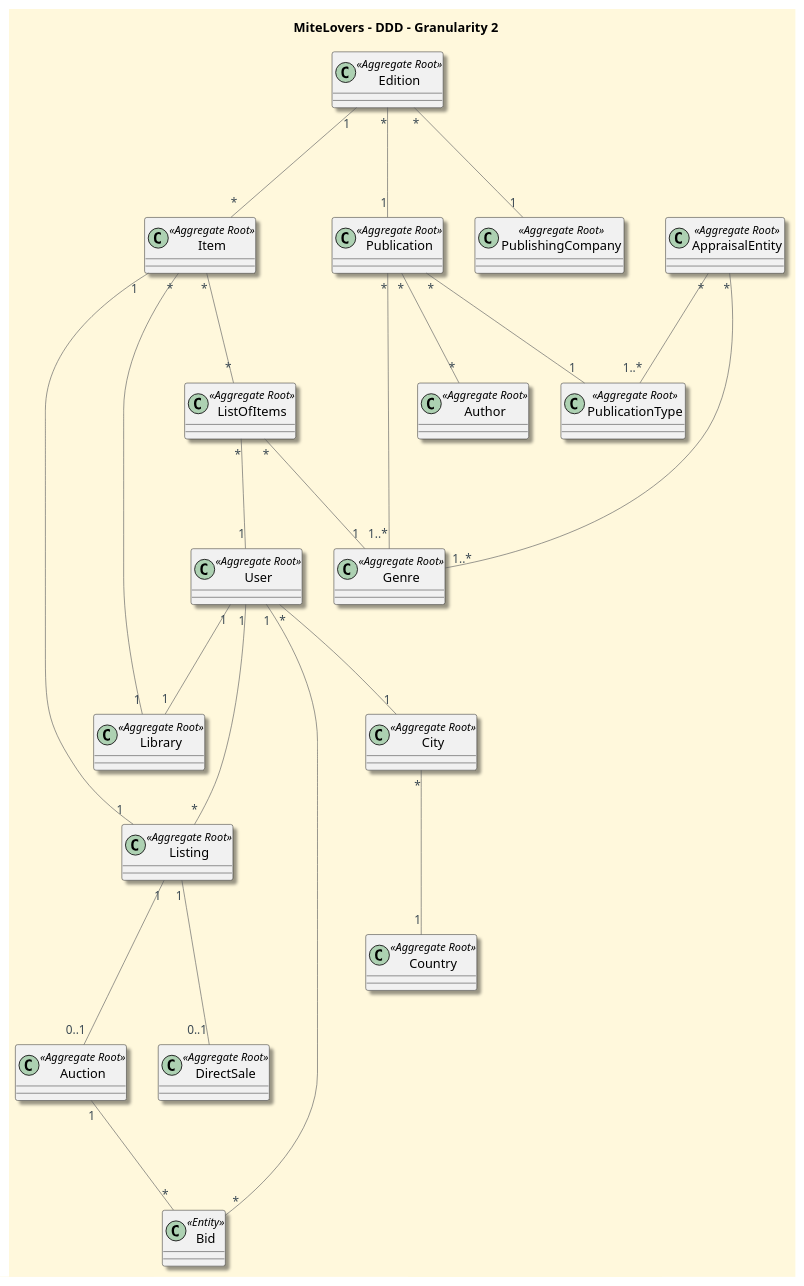
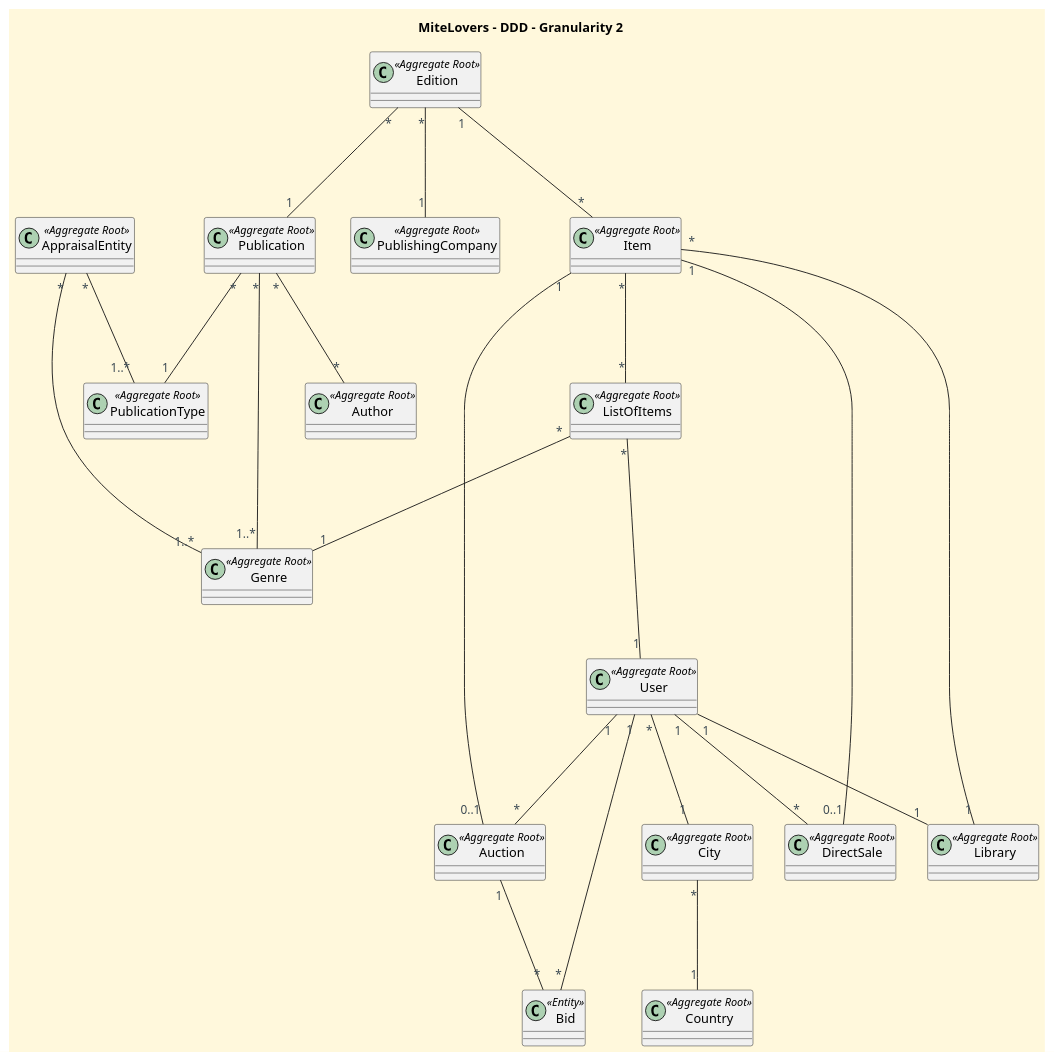
The diagram in docs/global-artifacts/DDD-G2.puml (CarolinaLeite-collab/JavaMarketplacePlatform), drawn with PlantUML before and after one commit. The commit also changed 2 other files, not shown here.

Commit message:
docs: DDD diagrams - fixes in the 3 levels of granularity, refs #448

```diff
--- a/docs/global-artifacts/DDD-G2.puml
+++ b/docs/global-artifacts/DDD-G2.puml
@@ -1,93 +1,94 @@
 @startuml
 'https://plantuml.com/class-diagram
 
 '==== Title ====
 title MiteLovers – DDD - Granularity 2
 top to bottom direction
 
 '==== basic style ====
 
 'hides unwanted text
 
 skinparam monochrome false
 
-skinparam shadowing true
+skinparam monochrome false
+skinparam shadowing false
 skinparam defaultFontName Futura
 skinparam objectFontSize 20
 skinparam backgroundColor CornSilk
 skinparam objectBackgroundColor WhiteSmoke
 skinparam noteBackgroundColor #FFFFE0
 skinparam ArrowFontColor #3B4953
-skinparam ArrowColor #57595BAA
+skinparam ActivationBackgroundColor black
+skinparam classAttributeIconSize 0
 
 '--- undefined objects ---'
 skinparam object {
   BackgroundColor<<highlight>> 91C6BCAA
   BorderColor<<highlight>> 4B9DA9AA
   FontColor<<highlight>> 547792AA
 }
 skinparam shadowing<<highlight>> false
 
 '--- Objects - Aggregate Roots ---'
 
 
 class User <<Aggregate Root>>
 class Library <<Aggregate Root>> {}
 class ListOfItems <<Aggregate Root>> {}
 class Item <<Aggregate Root>> {}
 class City <<Aggregate Root>> {}
 class Country <<Aggregate Root>> {}
-class Listing <<Aggregate Root>> {}
 class DirectSale <<Aggregate Root>> {}
 class Auction <<Aggregate Root>> {}
 class Bid <<Entity>> {}
 class Edition <<Aggregate Root>> {}
 class PublishingCompany <<Aggregate Root>> {}
 class Publication <<Aggregate Root>> {}
 class Author <<Aggregate Root>> {}
 class PublicationType <<Aggregate Root>>  {}
 class Genre <<Aggregate Root>> {}
 class AppraisalEntity <<Aggregate Root>> {}
 
 '=== Correlations ==='
 
 '--- Edition ---'
 Edition "*" --- "1" PublishingCompany
 Edition "*" --- "1" Publication
 Edition "1" --- "*" Item
 
 '--- Item ---'
 Item "*" --- "1" Library
-Item "1" -------- "1" Listing
+Item "1" -------- "0..1" DirectSale
+Item "1" -------- "0..1" Auction
 Item "*" --- "*" ListOfItems
 
 '--- ListOfItems ---'
 ListOfItems "*" --- "1" User
 ListOfItems "*" --- "1" Genre
 
 '--- User ---'
 User "*" --- "1" City
 User "1" --- "1" Library
 User "1" --- "*" Bid
-User "1" --- "*" Listing
+User "1" --- "*" Auction
+User "1" --- "*" DirectSale
 
 '--- Publication ---'
 Publication "*" --- "*" Author
 Publication "*" --- "1" PublicationType
 Publication "*" --- "1..*" Genre
 
 '--- AppraisalEntity ---'
 AppraisalEntity "*" --- "1..*" PublicationType
 AppraisalEntity "*" ----- "1..*" Genre
 
 '--- Listing ---'
-Listing "1" --- "0..1" Auction
-Listing "1" --- "0..1" DirectSale
 Auction "1" --- "*" Bid
 
 '--- City ---'
 City "*" --- "1" Country
 
 
 
 @enduml
```
